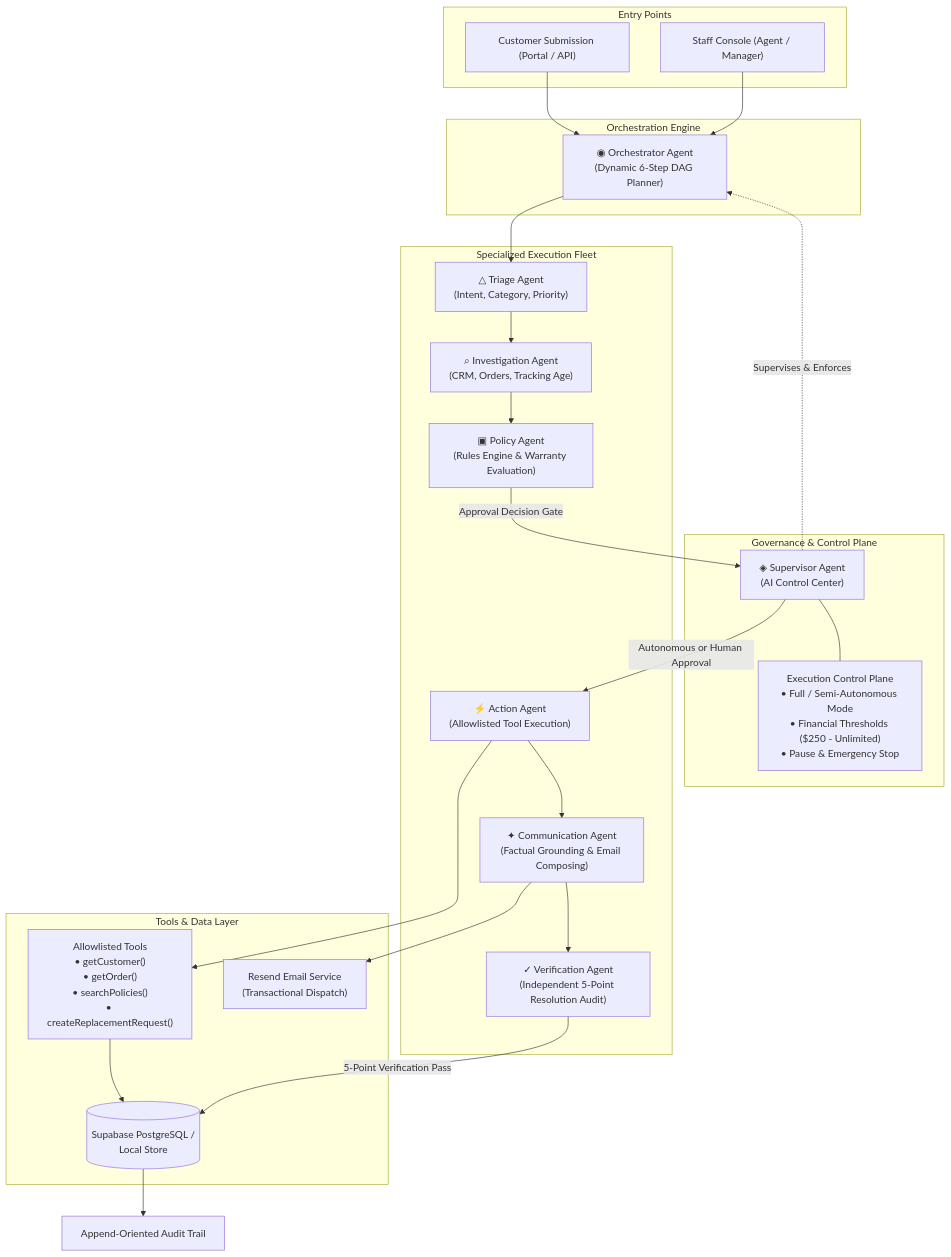
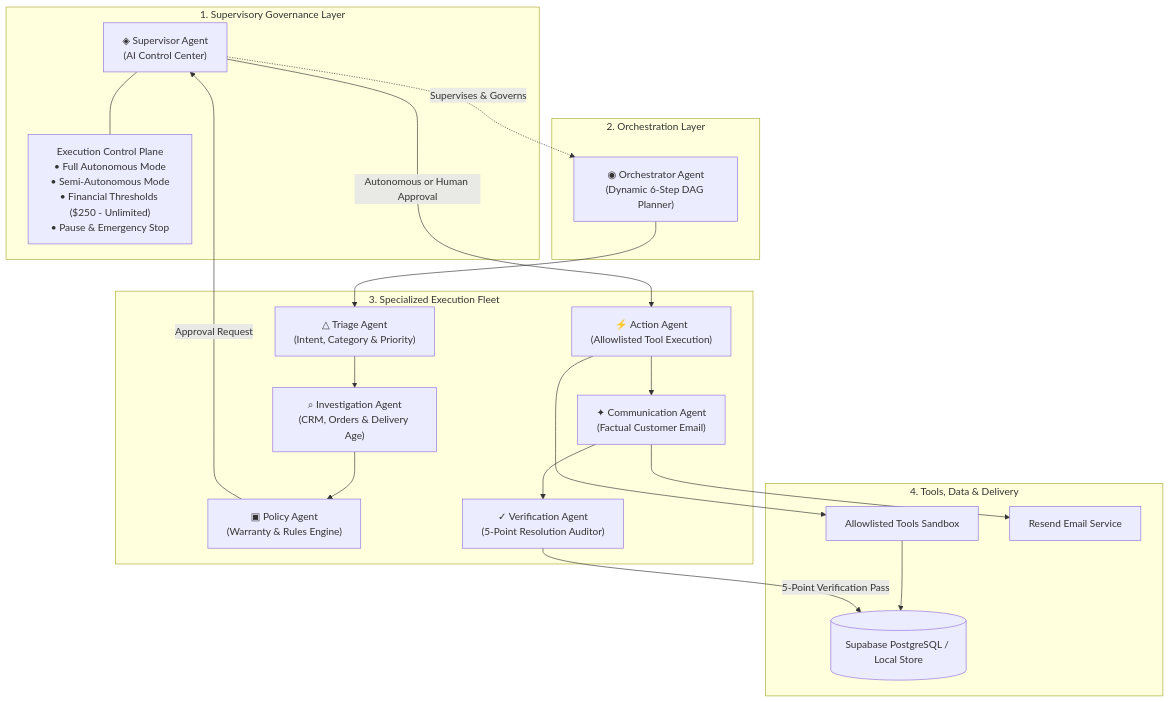
The first of 2 diagrams in README.md (shreyash-bhosale/Astra-4), drawn with Mermaid before and after one commit. The commit also changed other lines of this file, not shown here.

Commit message:
docs: finalize hackathon README with verified 8-agent topology, demo video, and visual audit

````diff
--- a/README.md
+++ b/README.md
@@ -111,50 +169,40 @@
 ```mermaid
 flowchart TD
-    subgraph Client["Entry Points"]
-        Cust["Customer Submission (Portal / API)"]
-        Staff["Staff Console (Agent / Manager)"]
-    end
-
-    subgraph Governance["Governance & Control Plane"]
+    subgraph GovernanceLayer["1. Supervisory Governance Layer"]
         Sup["◈ Supervisor Agent<br/>(AI Control Center)"]
-        Ctrl["Execution Control Plane<br/>• Full / Semi-Autonomous Mode<br/>• Financial Thresholds ($250 - Unlimited)<br/>• Pause & Emergency Stop"]
+        Ctrl["Execution Control Plane<br/>• Full Autonomous Mode<br/>• Semi-Autonomous Mode<br/>• Financial Thresholds ($250 - Unlimited)<br/>• Pause & Emergency Stop"]
         Sup --- Ctrl
     end
 
-    subgraph Orchestration["Orchestration Engine"]
+    subgraph OrchestrationLayer["2. Orchestration Layer"]
         Orch["◉ Orchestrator Agent<br/>(Dynamic 6-Step DAG Planner)"]
     end
 
-    subgraph SpecialistAgents["Specialized Execution Fleet"]
-        Tri["△ Triage Agent<br/>(Intent, Category, Priority)"]
-        Inv["⌕ Investigation Agent<br/>(CRM, Orders, Tracking Age)"]
-        Pol["▣ Policy Agent<br/>(Rules Engine & Warranty Evaluation)"]
+    subgraph ExecutionFleet["3. Specialized Execution Fleet"]
+        Tri["△ Triage Agent<br/>(Intent, Category & Priority)"]
+        Inv["⌕ Investigation Agent<br/>(CRM, Orders & Delivery Age)"]
+        Pol["▣ Policy Agent<br/>(Warranty & Rules Engine)"]
         Act["⚡ Action Agent<br/>(Allowlisted Tool Execution)"]
-        Com["✦ Communication Agent<br/>(Factual Grounding & Email Composing)"]
-        Ver["✓ Verification Agent<br/>(Independent 5-Point Resolution Audit)"]
+        Com["✦ Communication Agent<br/>(Factual Customer Email)"]
+        Ver["✓ Verification Agent<br/>(5-Point Resolution Auditor)"]
     end
 
-    subgraph DataAndTools["Tools & Data Layer"]
-        Tools["Allowlisted Tools<br/>• getCustomer()<br/>• getOrder()<br/>• searchPolicies()<br/>• createReplacementRequest()"]
-        DB[(Supabase PostgreSQL /<br/>Local Store)]
-        Email["Resend Email Service<br/>(Transactional Dispatch)"]
+    subgraph Infrastructure["4. Tools, Data & Delivery"]
+        Tools["Allowlisted Tools Sandbox"]
+        DB[(Supabase PostgreSQL / Local Store)]
+        Email["Resend Email Service"]
     end
 
-    Cust --> Orch
-    Staff --> Orch
-    Sup -.->|Supervises & Enforces| Orch
-
+    Sup -.->|Supervises & Governs| Orch
     Orch --> Tri
     Tri --> Inv
     Inv --> Pol
-    Pol -->|Approval Decision Gate| Sup
-    
+    Pol -->|Approval Request| Sup
     Sup -->|Autonomous or Human Approval| Act
     Act --> Tools
     Tools --> DB
     Act --> Com
     Com --> Email
     Com --> Ver
     Ver -->|5-Point Verification Pass| DB
-    DB --> Audit["Append-Oriented Audit Trail"]
 ```
````
